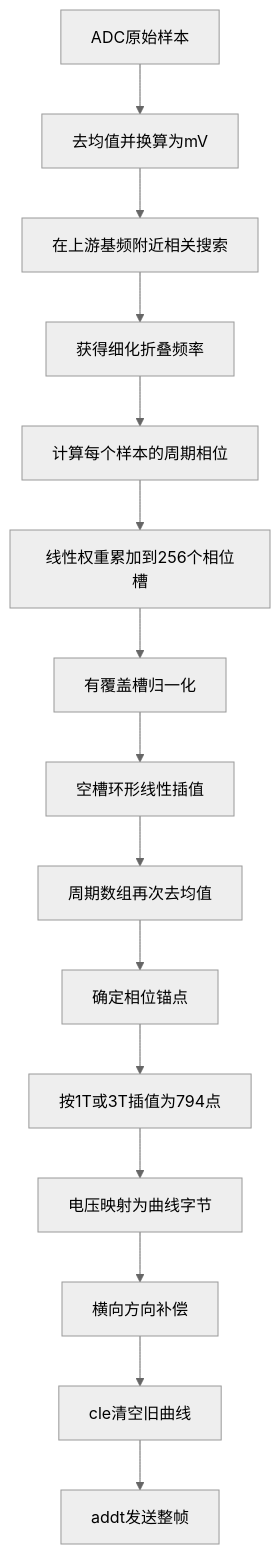
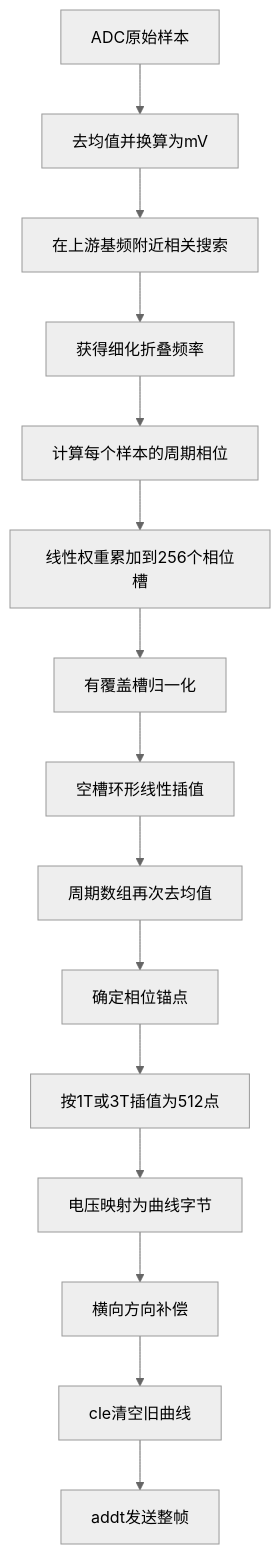
Before and after one commit to Git-ys1/STM32G474-Periodic-Signal-Analyzer: the third of 6 diagrams in G_Periodic_Signal_Analyzer/docs/05_report/REPORT_DISPLAY_MODULE_DRAFT.md, drawn with Mermaid (neutral theme). The commit also changed other lines of this file and 20 other files, not shown here.

````diff
--- a/G_Periodic_Signal_Analyzer/docs/05_report/REPORT_DISPLAY_MODULE_DRAFT.md
+++ b/G_Periodic_Signal_Analyzer/docs/05_report/REPORT_DISPLAY_MODULE_DRAFT.md
@@ -481,17 +480,17 @@
 ```mermaid
 flowchart TD
     A["ADC原始样本"] --> B["去均值并换算为mV"]
     B --> C["在上游基频附近相关搜索"]
     C --> D["获得细化折叠频率"]
     D --> E["计算每个样本的周期相位"]
     E --> F["线性权重累加到256个相位槽"]
     F --> G["有覆盖槽归一化"]
     G --> H["空槽环形线性插值"]
     H --> I["周期数组再次去均值"]
     I --> J["确定相位锚点"]
-    J --> K["按1T或3T插值为794点"]
+    J --> K["按1T或3T插值为512点"]
     K --> L["电压映射为曲线字节"]
     L --> M["横向方向补偿"]
     M --> N["cle清空旧曲线"]
     N --> O["addt发送整帧"]
 ```
````
